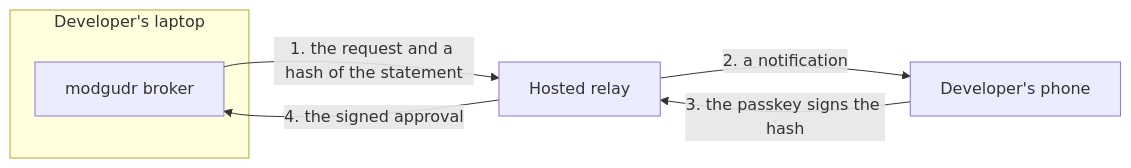
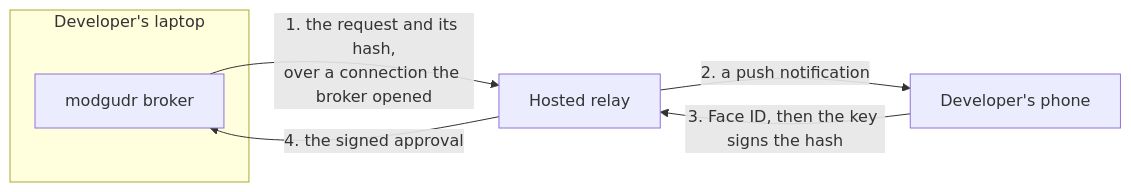
The seventh of 10 diagrams in docs/future-plans.md (erik-romson/modgudr), drawn with Mermaid before and after one commit. The commit also changed other lines of this file, not shown here.

````diff
--- a/docs/future-plans.md
+++ b/docs/future-plans.md
@@ -270,12 +291,12 @@
 ```mermaid
 flowchart LR
     subgraph laptop["Developer's laptop"]
         broker["modgudr broker"]
     end
     relay["Hosted relay"]
     phone["Developer's phone"]
-    broker -->|"1. the request and a hash of the statement"| relay
-    relay -->|"2. a notification"| phone
-    phone -->|"3. the passkey signs the hash"| relay
+    broker -->|"1. the request and its hash,<br/>over a connection the broker opened"| relay
+    relay -->|"2. a push notification"| phone
+    phone -->|"3. Face ID, then the key signs the hash"| relay
     relay -->|"4. the signed approval"| broker
 ```
````
